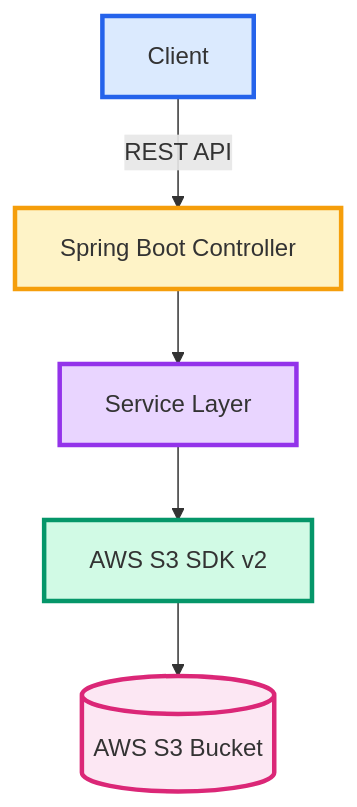
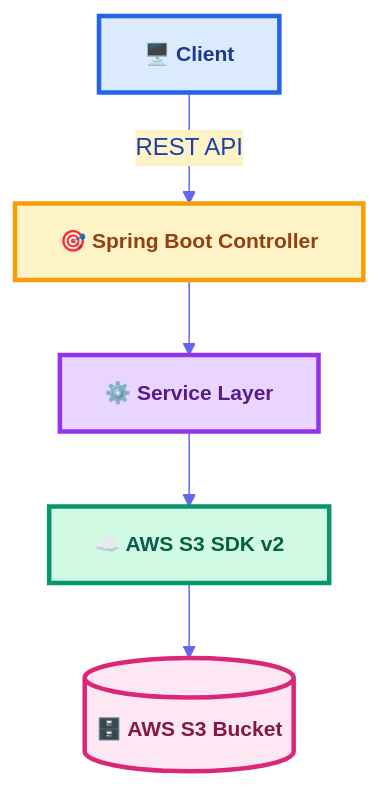
Before and after one commit to Vamshi-amudala/file-storage-system: the diagram in README.md, drawn with Mermaid. The commit also changed other lines of this file, not shown here.

Commit message:
README
Updated architecture diagram styles and labels in README.

````diff
--- a/README.md
+++ b/README.md
@@ -78,13 +76,16 @@
 ```mermaid
+%%{init: {'theme':'base', 'themeVariables': { 'primaryColor':'#DBEAFE','primaryTextColor':'#1E40AF','primaryBorderColor':'#2563EB','lineColor':'#6366F1','secondaryColor':'#FEF3C7','tertiaryColor':'#E9D5FF','fontSize':'16px'}}}%%
 graph TB
-    A[Client] -->|REST API| B[Spring Boot Controller]
-    B --> C[Service Layer]
-    C --> D[AWS S3 SDK v2]
-    D --> E[(AWS S3 Bucket)]
+    A["🖥️ Client"] -->|"REST API"| B["🎯 Spring Boot Controller"]
+    B --> C["⚙️ Service Layer"]
+    C --> D["☁️ AWS S3 SDK v2"]
+    D --> E[("🗄️ AWS S3 Bucket")]
     
-    style A fill:#DBEAFE,stroke:#2563EB,stroke-width:3px
-    style B fill:#FEF3C7,stroke:#F59E0B,stroke-width:3px
-    style C fill:#E9D5FF,stroke:#9333EA,stroke-width:3px
-    style D fill:#D1FAE5,stroke:#059669,stroke-width:3px
-    style E fill:#FCE7F3,stroke:#DB2777,stroke-width:3px
+    style A fill:#DBEAFE,stroke:#2563EB,stroke-width:3px,color:#1E3A8A
+    style B fill:#FEF3C7,stroke:#F59E0B,stroke-width:3px,color:#92400E
+    style C fill:#E9D5FF,stroke:#9333EA,stroke-width:3px,color:#581C87
+    style D fill:#D1FAE5,stroke:#059669,stroke-width:3px,color:#065F46
+    style E fill:#FCE7F3,stroke:#DB2777,stroke-width:3px,color:#831843
+    
+    classDef default font-weight:bold,font-size:14px
 ```
````
